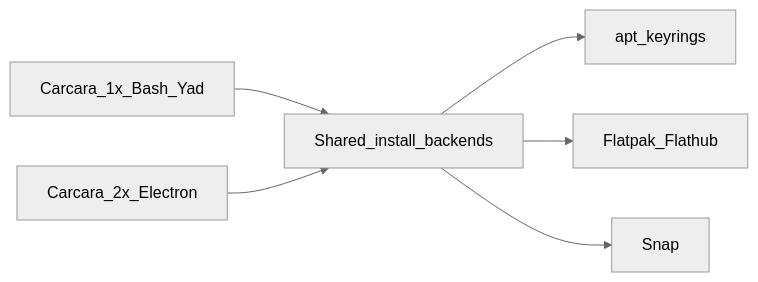
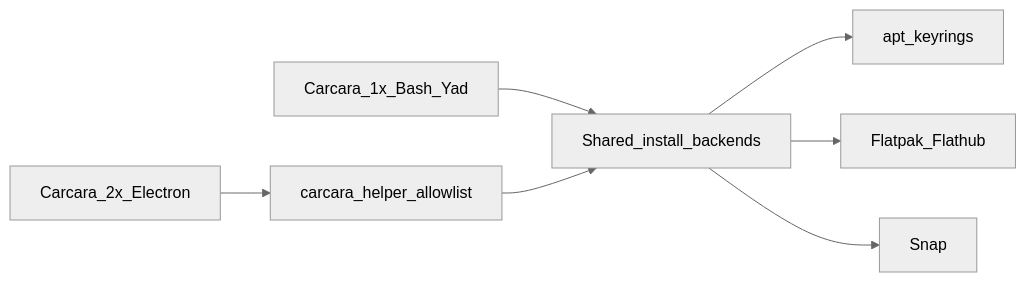
Before and after one commit to cogumm/myLinux: the diagram in .agents/idea/carcara-2.0-electron.md, drawn with Mermaid (neutral theme). The commit also changed other lines of this file and 16 other files, not shown here.

````diff
--- a/.agents/idea/carcara-2.0-electron.md
+++ b/.agents/idea/carcara-2.0-electron.md
@@ -41,8 +100,9 @@
 ```mermaid
 flowchart LR
   bash1x[Carcara_1x_Bash_Yad] --> backends[Shared_install_backends]
-  electron2x[Carcara_2x_Electron] --> backends
+  electron2x[Carcara_2x_Electron] --> helper[carcara_helper_allowlist]
+  helper --> backends
   backends --> aptChan[apt_keyrings]
   backends --> flatpakChan[Flatpak_Flathub]
   backends --> snapChan[Snap]
 ```
````
